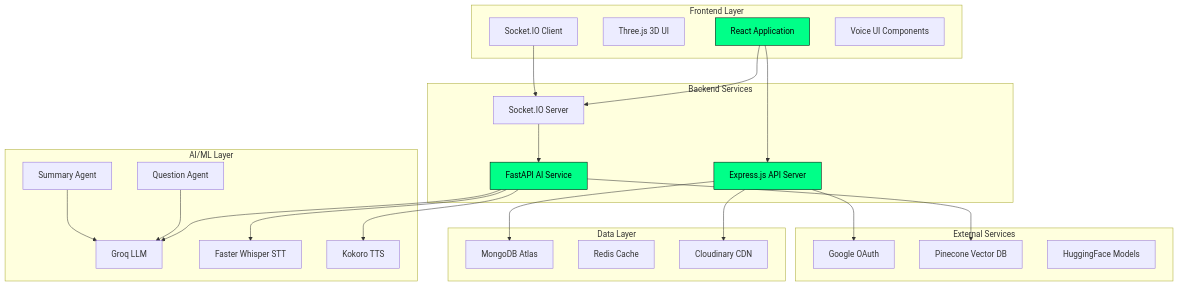
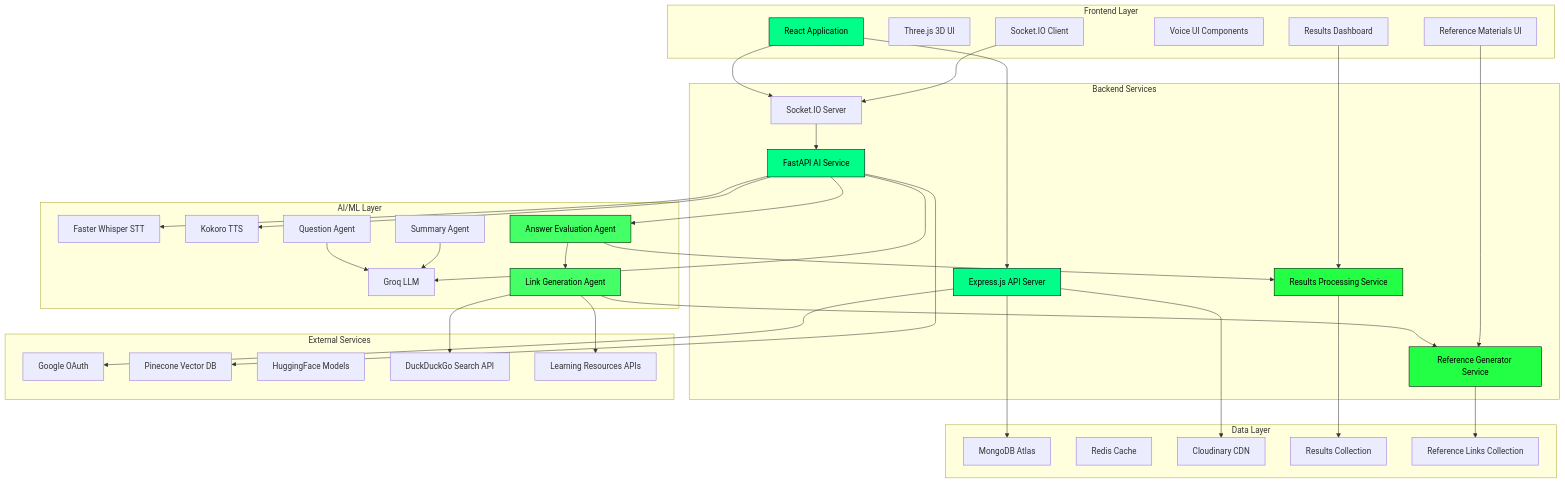
Before and after one commit to AKM-2004/Auxmet-FrontEnd: the first of 2 diagrams in README.md, drawn with Mermaid. The commit also changed other lines of this file, not shown here.

````diff
--- a/README.md
+++ b/README.md
@@ -147,53 +147,79 @@
 ```mermaid
 graph TB
     subgraph "Frontend Layer"
         A[React Application]
         B[Three.js 3D UI]
         C[Socket.IO Client]
         D[Voice UI Components]
+        E1[Results Dashboard]
+        F1[Reference Materials UI]
     end
     
     subgraph "Backend Services"
         E[Express.js API Server]
         F[FastAPI AI Service]
         G[Socket.IO Server]
+        H1[Results Processing Service]
+        I1[Reference Generator Service]
     end
     
     subgraph "AI/ML Layer"
         H[Groq LLM]
         I[Faster Whisper STT]
         J[Kokoro TTS]
         K[Question Agent]
         L[Summary Agent]
+        M1[Answer Evaluation Agent]
+        N1[Link Generation Agent]
     end
     
     subgraph "Data Layer"
         M[MongoDB Atlas]
         N[Redis Cache]
         O[Cloudinary CDN]
+        P1[Results Collection]
+        Q1[Reference Links Collection]
     end
     
     subgraph "External Services"
         P[Google OAuth]
         Q[Pinecone Vector DB]
         R[HuggingFace Models]
+        S1[DuckDuckGo Search API]
+        T1[Learning Resources APIs]
     end
     
     A --> E
     A --> G
     C --> G
     E --> M
     F --> H
     F --> I
     F --> J
     G --> F
     K --> H
     L --> H
     F --> Q
     E --> P
     E --> O
     
+    %% Results & Reference Materials Flow
+    F --> M1
+    M1 --> H1
+    H1 --> P1
+    M1 --> N1
+    N1 --> I1
+    I1 --> Q1
+    N1 --> S1
+    N1 --> T1
+    E1 --> H1
+    F1 --> I1
+    
     style A fill:#00ff88,stroke:#000,color:#000
     style F fill:#00ff88,stroke:#000,color:#000
     style E fill:#00ff88,stroke:#000,color:#000
+    style H1 fill:#22ff44,stroke:#000,color:#000
+    style I1 fill:#22ff44,stroke:#000,color:#000
+    style M1 fill:#44ff66,stroke:#000,color:#000
+    style N1 fill:#44ff66,stroke:#000,color:#000
 ```
````
